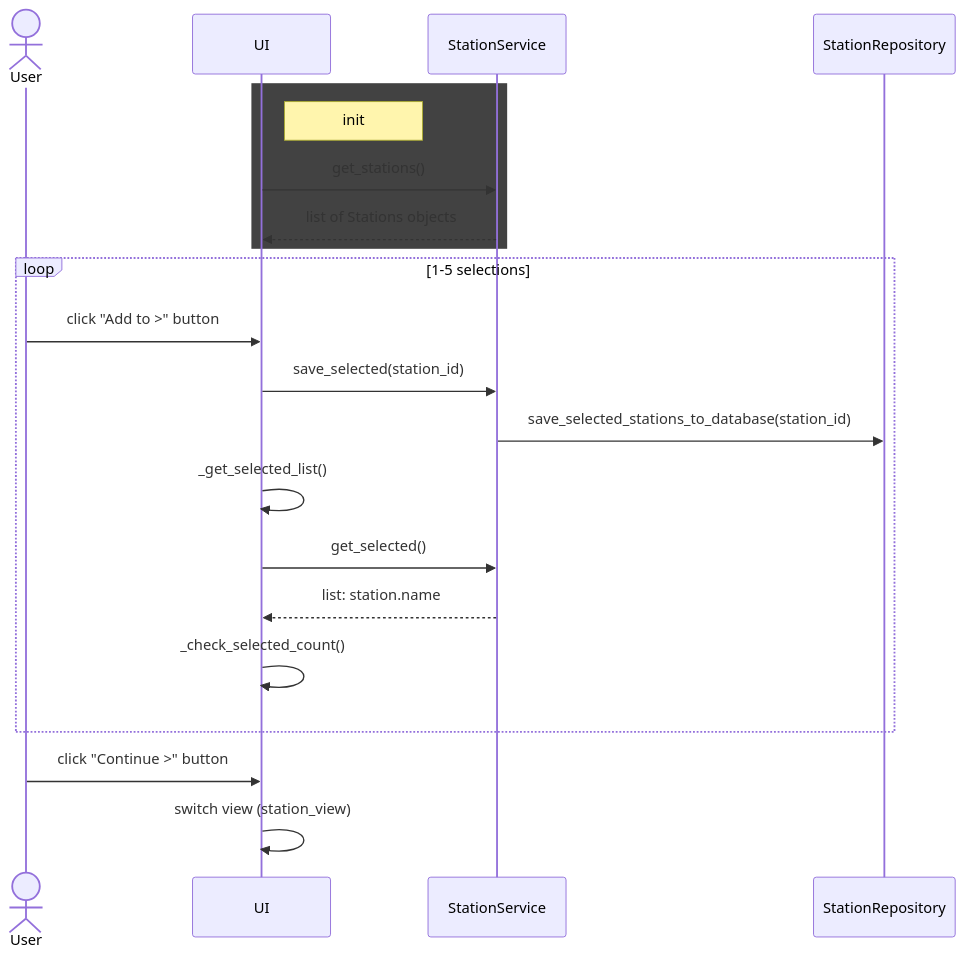
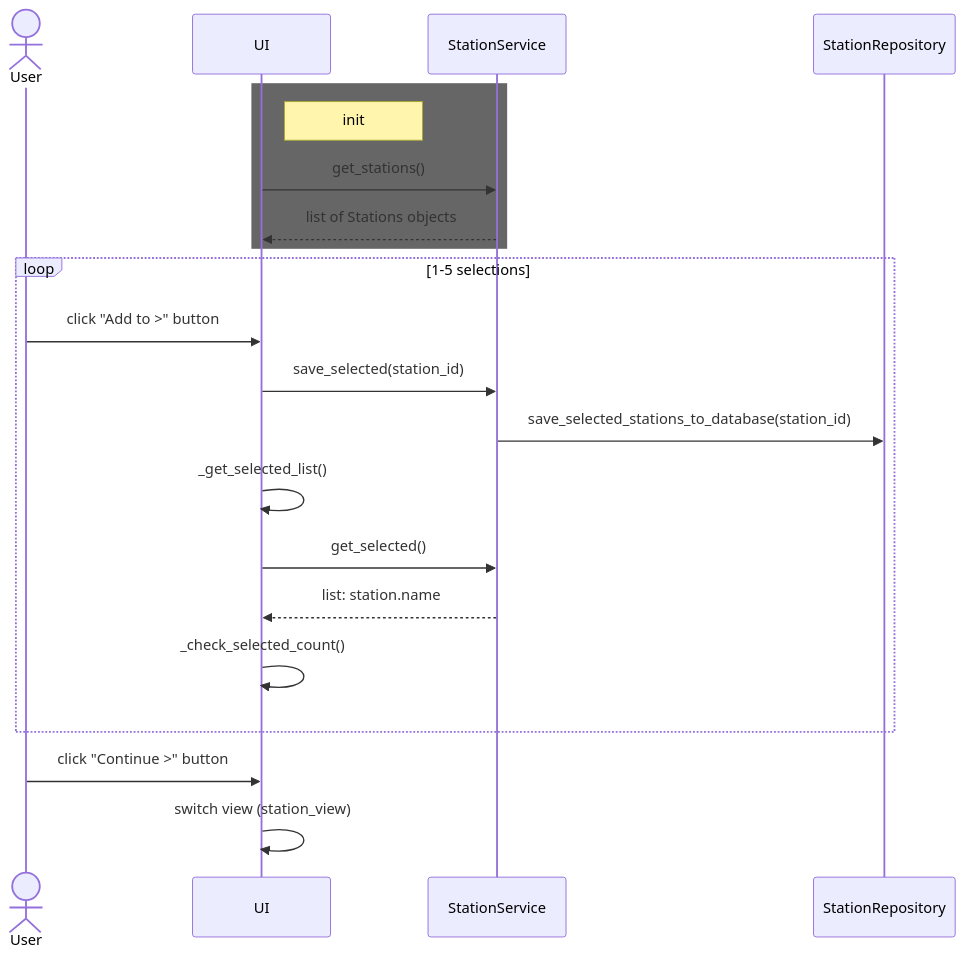
The fourth of 7 diagrams in dokumentaatio/architecture.md (mcpaulafi/ot-harjoitustyo), drawn with Mermaid before and after one commit. The commit also changed other lines of this file, not shown here.

First line of the commit message:
Update architecture.md

````diff
--- a/dokumentaatio/architecture.md
+++ b/dokumentaatio/architecture.md
@@ -158,28 +158,28 @@
 ```mermaid
 sequenceDiagram
     actor User
     participant UI
     participant StationService
     participant StationRepository
 
-    rect rgb(66, 66, 66)
+    rect rgb(102, 102, 102)
     note right of UI: init
     UI->>StationService :get_stations()
     StationService-->>UI: list of Stations objects
     end
 
     loop 1-5 selections
         User->> UI: click "Add to >" button
         UI->>StationService: save_selected(station_id)
         StationService->>StationRepository: save_selected_stations_to_database(station_id)
 
         UI->>UI: _get_selected_list()
         UI->>StationService: get_selected()
         StationService-->>UI: list: station.name
         UI->>UI: _check_selected_count()
     end 
 
     User->> UI: click "Continue >" button
     UI->>UI: switch view (station_view)
 
 ```
````
